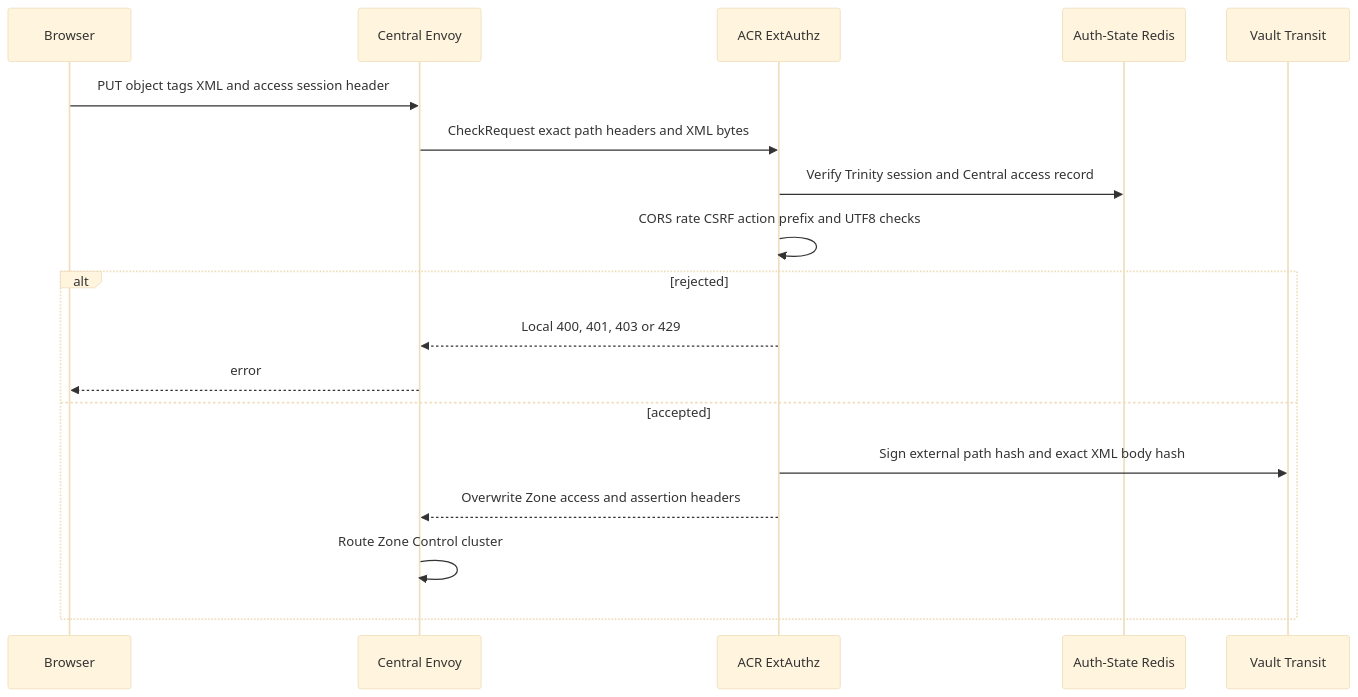
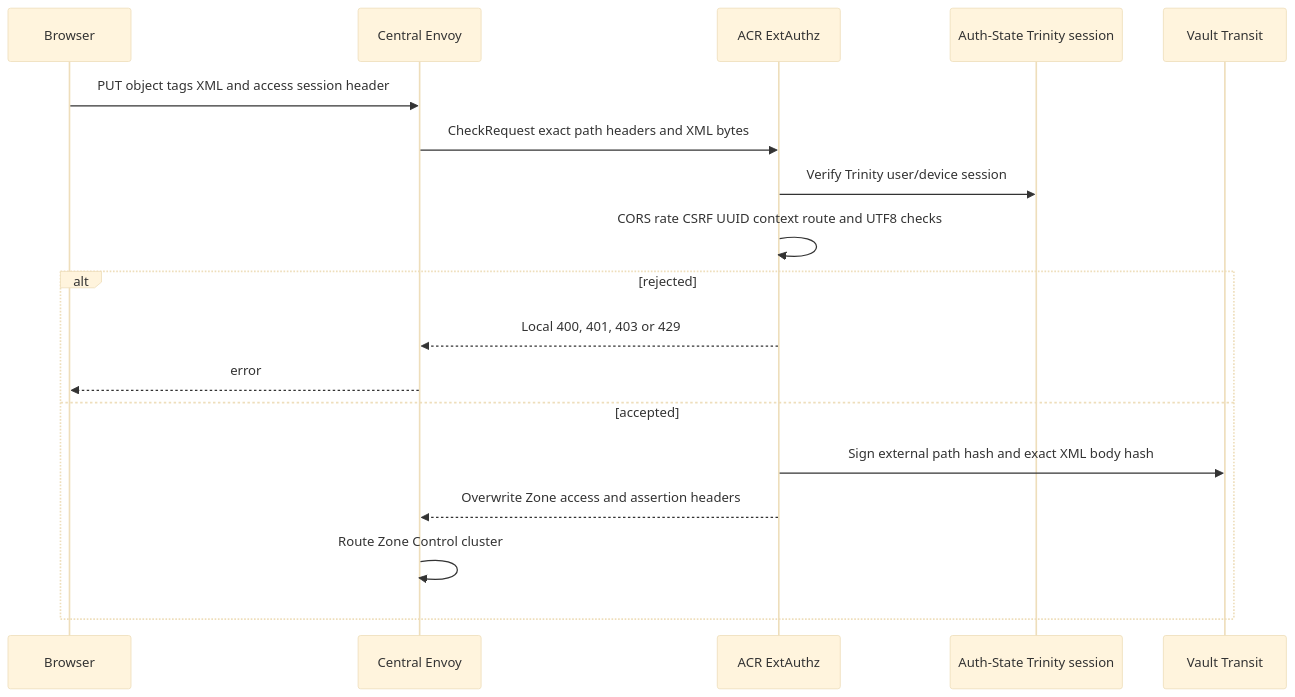
Before and after one commit to phucle996/aurora: the first of 3 diagrams in god_view/storage/personal_storage_object_tag_write_god_view_workflow.md, drawn with Mermaid (base theme). The commit also changed other lines of this file and 131 other files, not shown here.

````diff
--- a/god_view/storage/personal_storage_object_tag_write_god_view_workflow.md
+++ b/god_view/storage/personal_storage_object_tag_write_god_view_workflow.md
@@ -74,21 +73,21 @@
 ```mermaid
 sequenceDiagram
     participant B as Browser
     participant E as Central Envoy
     participant A as ACR ExtAuthz
-    participant AR as Auth-State Redis
+    participant AR as Auth-State Trinity session
     participant V as Vault Transit
 
     B->>E: PUT object tags XML and access session header
     E->>A: CheckRequest exact path headers and XML bytes
-    A->>AR: Verify Trinity session and Central access record
-    A->>A: CORS rate CSRF action prefix and UTF8 checks
+    A->>AR: Verify Trinity user/device session
+    A->>A: CORS rate CSRF UUID context route and UTF8 checks
     alt rejected
         A-->>E: Local 400, 401, 403 or 429
         E-->>B: error
     else accepted
         A->>V: Sign external path hash and exact XML body hash
         A-->>E: Overwrite Zone access and assertion headers
         E->>E: Route Zone Control cluster
     end
 ```
````
